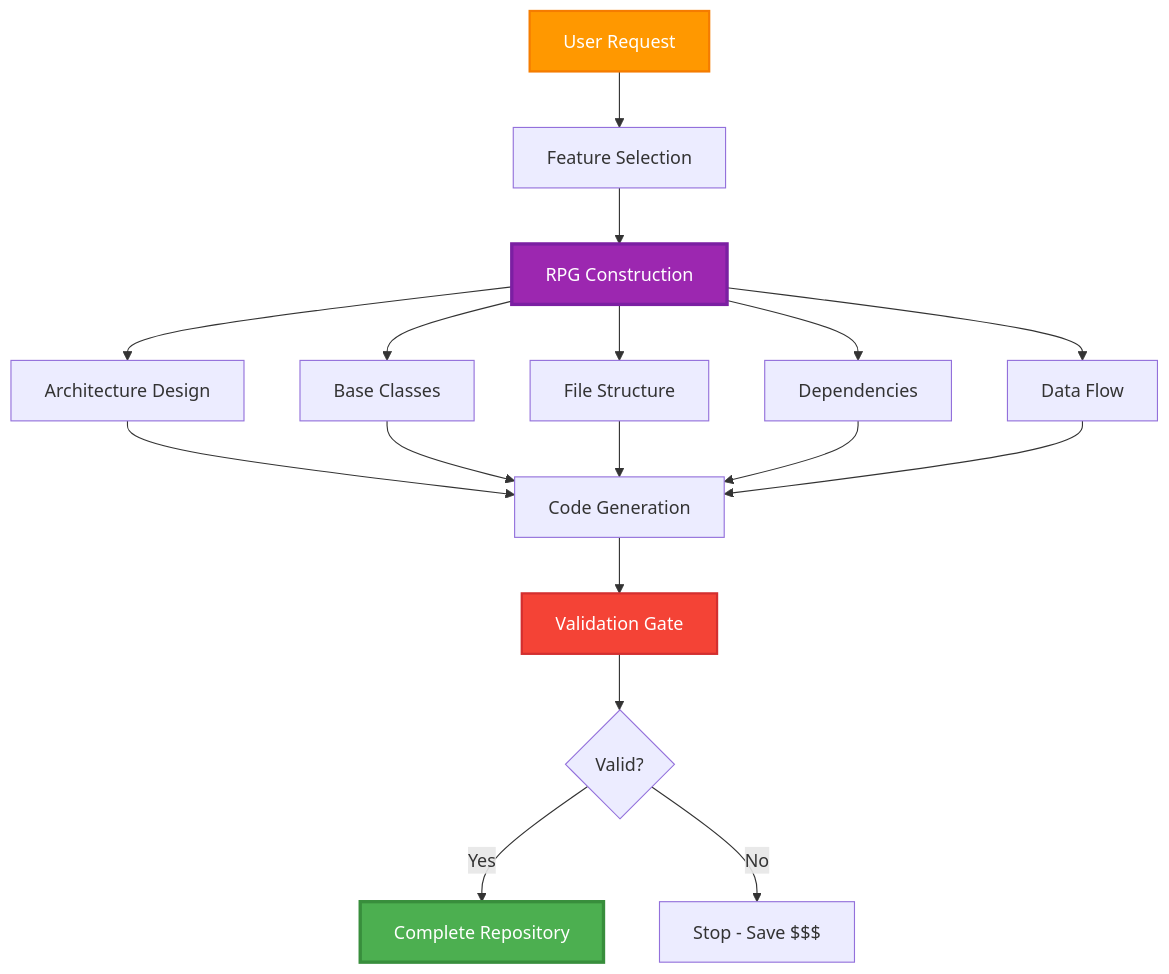
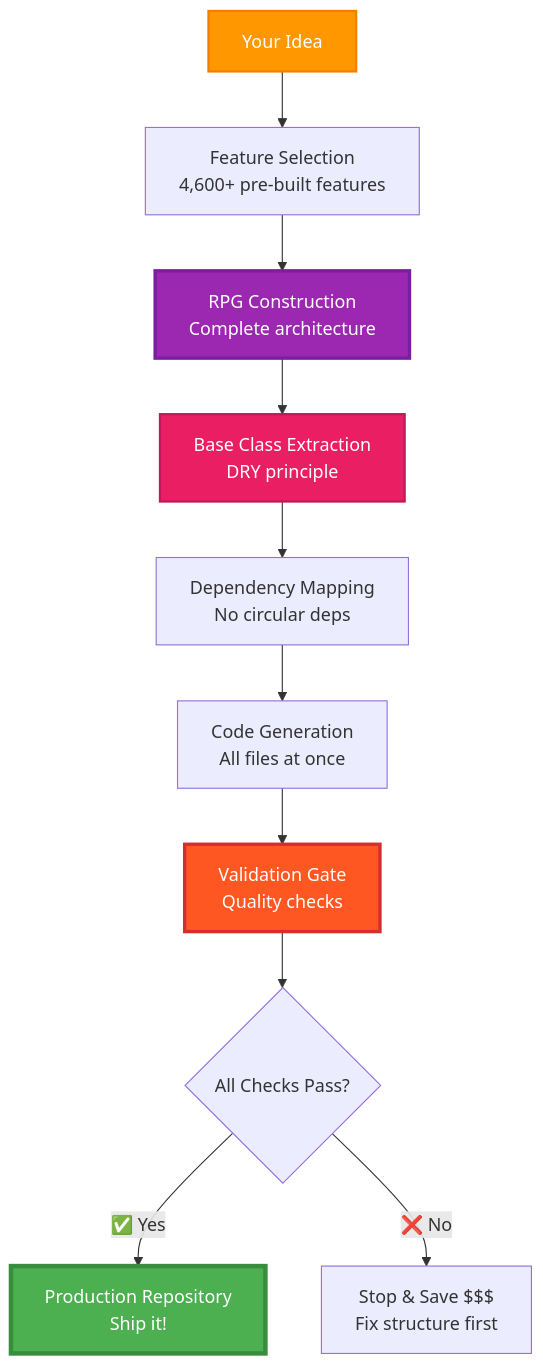
One commit to DivyamTalwar/BLUEPRINT changed the second of 6 diagrams in README.md. Above: the diagram before and after it, drawn with Mermaid. The commit also changed other lines of this file, not shown here.

````diff
--- a/README.md
+++ b/README.md
@@ -118,27 +227,19 @@
 ```mermaid
 graph TD
-    A[User Request] --> B[Feature Selection]
-    B --> C[RPG Construction]
-    C --> D[Architecture Design]
-    D --> E[Code Generation]
+    A[Your Idea] --> B[Feature Selection<br/>4,600+ pre-built features]
+    B --> C[RPG Construction<br/>Complete architecture]
+    C --> D[Base Class Extraction<br/>DRY principle]
+    D --> E[Dependency Mapping<br/>No circular deps]
+    E --> F[Code Generation<br/>All files at once]
 
-    C --> F[Base Classes]
-    C --> G[File Structure]
-    C --> H[Dependencies]
-    C --> I[Data Flow]
-
-    F --> E
-    G --> E
-    H --> E
-    I --> E
-
-    E --> J[Validation Gate]
-    J --> K{Valid?}
-    K -->|Yes| L[Complete Repository]
-    K -->|No| M[Stop - Save $$$]
+    F --> G[Validation Gate<br/>Quality checks]
+    G --> H{All Checks Pass?}
+    H -->|✅ Yes| I[Production Repository<br/>Ship it!]
+    H -->|❌ No| J[Stop & Save $$$<br/>Fix structure first]
 
     style A fill:#FF9800,stroke:#F57C00,stroke-width:2px,color:#fff
     style C fill:#9C27B0,stroke:#7B1FA2,stroke-width:3px,color:#fff
-    style J fill:#F44336,stroke:#D32F2F,stroke-width:2px,color:#fff
-    style L fill:#4CAF50,stroke:#388E3C,stroke-width:3px,color:#fff
+    style D fill:#E91E63,stroke:#C2185B,stroke-width:2px,color:#fff
+    style G fill:#FF5722,stroke:#D32F2F,stroke-width:3px,color:#fff
+    style I fill:#4CAF50,stroke:#388E3C,stroke-width:4px,color:#fff
 ```
````
